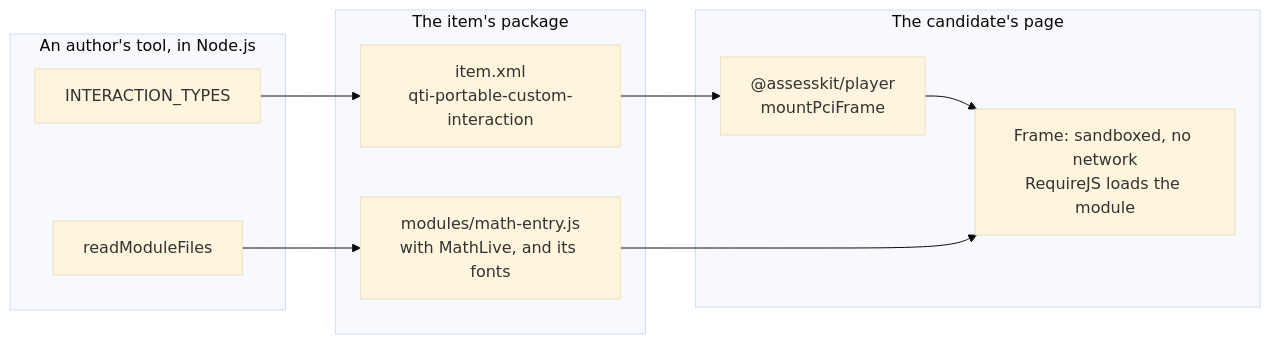
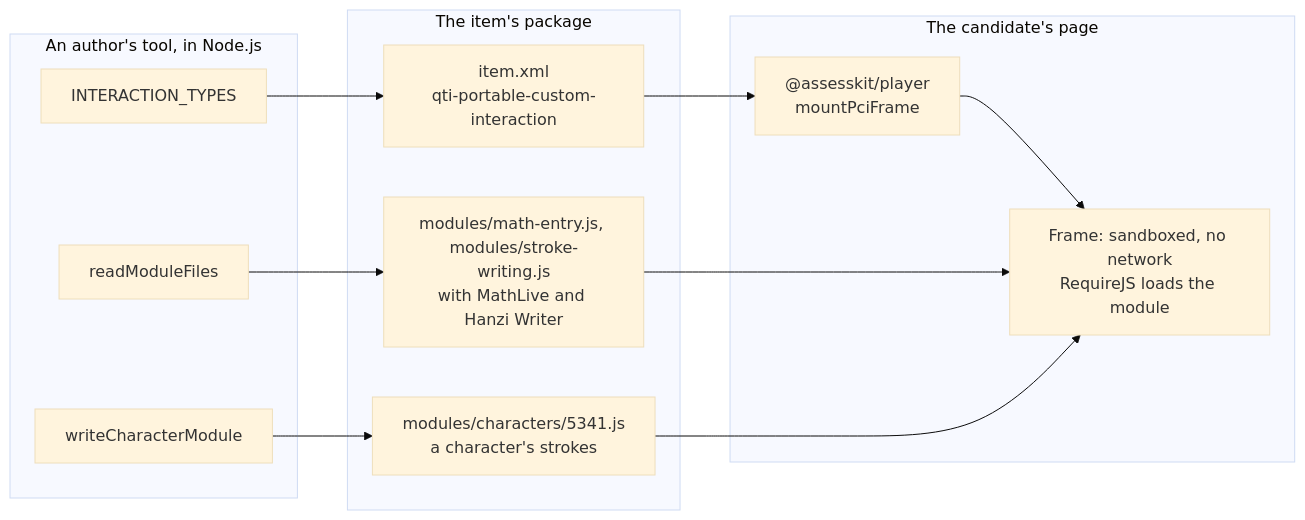
One commit to assesskit/assesskit changed the diagram in docs/custom-interactions/architecture.md. Above: the diagram before and after it, drawn with Mermaid (base theme). The commit also changed other lines of this file and 32 other files, not shown here.

````diff
--- a/docs/custom-interactions/architecture.md
+++ b/docs/custom-interactions/architecture.md
@@ -8,19 +8,23 @@
 ```mermaid
 flowchart LR
   subgraph tool["An author's tool, in Node.js"]
     ids["INTERACTION_TYPES"]
     read["readModuleFiles"]
+    write
   end
   subgraph pkg["The item's package"]
     item["item.xml<br/>qti-portable-custom-interaction"]
-    module["modules/math-entry.js<br/>with MathLive, and its fonts"]
+    module["modules/math-entry.js, modules/stroke-writing.js<br/>with MathLive and Hanzi Writer"]
+    char["modules/characters/5341.js<br/>a character's strokes"]
   end
   subgraph page["The candidate's page"]
     player["@assesskit/player<br/>mountPciFrame"]
     frame["Frame: sandboxed, no network<br/>RequireJS loads the module"]
   end
   ids --> item
   read --> module
+  write["writeCharacterModule"] --> char
   item --> player --> frame
   module --> frame
+  char --> frame
 ```
````
